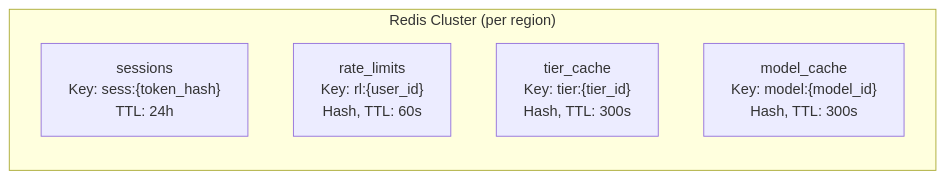
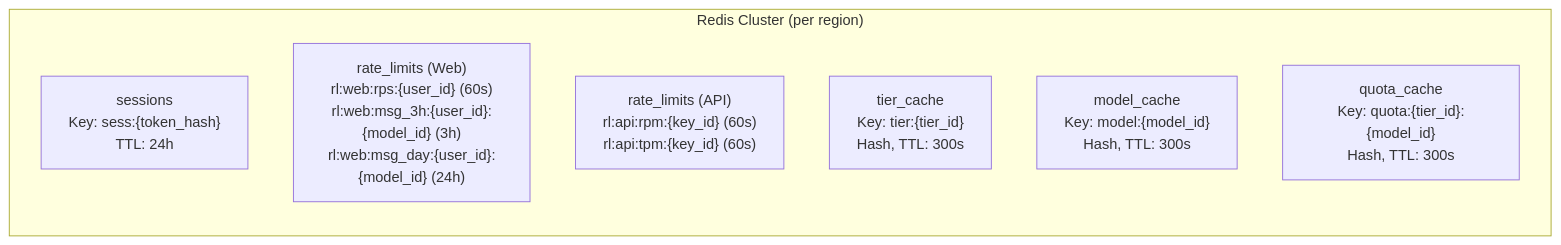
One commit to yaksase/highload_hse changed the seventh of 7 diagrams in README.md. Above: the diagram before and after it, drawn with Mermaid. The commit also changed other lines of this file, not shown here.

Commit message:
доработка rate limiting

````diff
--- a/README.md
+++ b/README.md
@@ -1231,9 +1278,11 @@
 ```mermaid
 graph LR
     subgraph Redis["Redis Cluster (per region)"]
         S["sessions<br/>Key: sess:{token_hash}<br/>TTL: 24h"]
-        R["rate_limits<br/>Key: rl:{user_id}<br/>Hash, TTL: 60s"]
+        R["rate_limits (Web)<br/>rl:web:rps:{user_id} (60s)<br/>rl:web:msg_3h:{user_id}:{model_id} (3h)<br/>rl:web:msg_day:{user_id}:{model_id} (24h)"]
+        RA["rate_limits (API)<br/>rl:api:rpm:{key_id} (60s)<br/>rl:api:tpm:{key_id} (60s)"]
         T["tier_cache<br/>Key: tier:{tier_id}<br/>Hash, TTL: 300s"]
         M["model_cache<br/>Key: model:{model_id}<br/>Hash, TTL: 300s"]
+        Q["quota_cache<br/>Key: quota:{tier_id}:{model_id}<br/>Hash, TTL: 300s"]
     end
 ```
````
